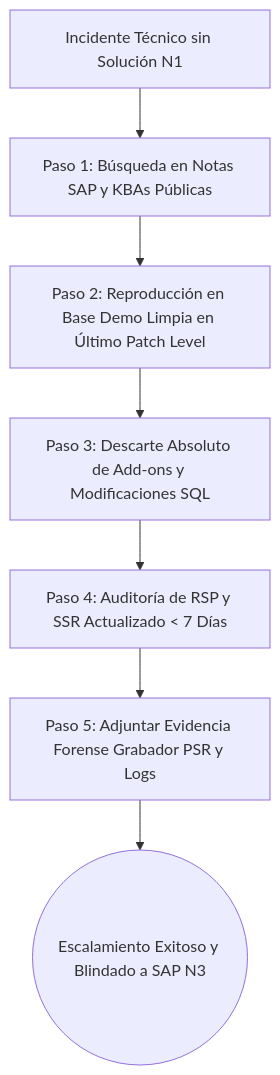
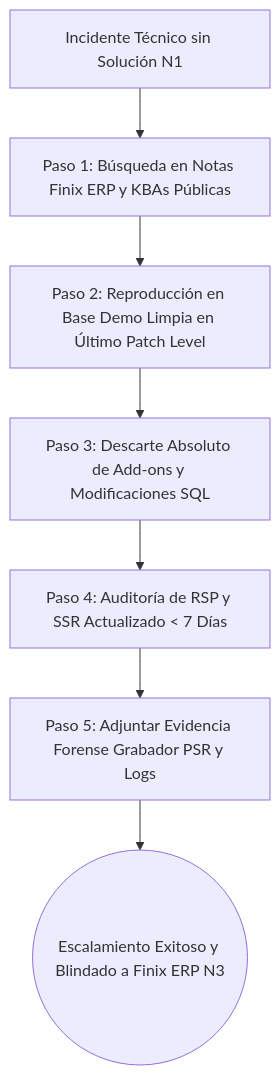
Before and after one commit to pablofgarciaf/B1-ACADEMY: diagram 11 of 11 in public/modulos/Modulo_09.md, drawn with Mermaid. The commit also changed other lines of this file and 4125 other files, not shown here.

````diff
--- a/public/modulos/Modulo_09.md
+++ b/public/modulos/Modulo_09.md
@@ -386,9 +386,9 @@
 ```mermaid
 graph TD
-    A[Incidente Técnico sin Solución N1] --> B[Paso 1: Búsqueda en Notas SAP y KBAs Públicas]
+    A[Incidente Técnico sin Solución N1] --> B[Paso 1: Búsqueda en Notas Finix ERP y KBAs Públicas]
     B --> C[Paso 2: Reproducción en Base Demo Limpia en Último Patch Level]
     C --> D[Paso 3: Descarte Absoluto de Add-ons y Modificaciones SQL]
     D --> E[Paso 4: Auditoría de RSP y SSR Actualizado < 7 Días]
     E --> F[Paso 5: Adjuntar Evidencia Forense Grabador PSR y Logs]
-    F --> G((Escalamiento Exitoso y Blindado a SAP N3))
+    F --> G((Escalamiento Exitoso y Blindado a Finix ERP N3))
 ```
````
